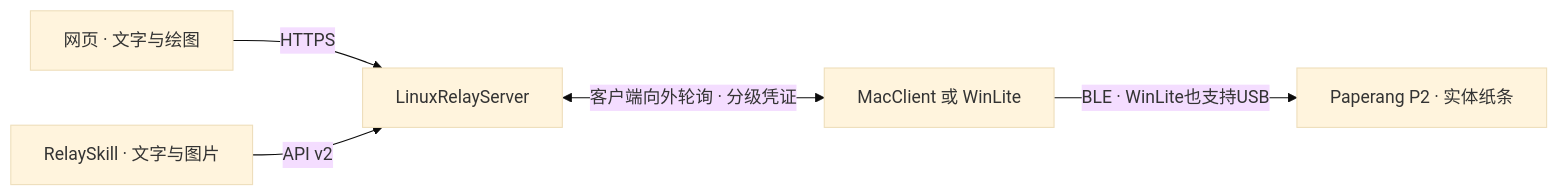
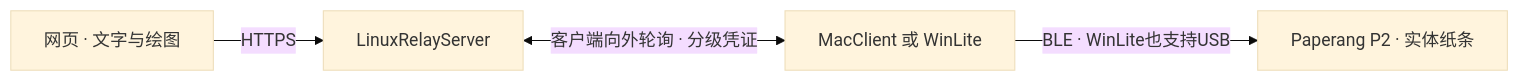
Before and after one commit to ELT17604/Paperang-Studio: the diagram in doc/README.zh-CN.md, drawn with Mermaid (base theme). The commit also changed other lines of this file and 66 other files, not shown here.

````diff
--- a/doc/README.zh-CN.md
+++ b/doc/README.zh-CN.md
@@ -37,7 +36,6 @@
 ```mermaid
 flowchart LR
     Browser["网页 · 文字与绘图"] -->|HTTPS| Relay["LinuxRelayServer"]
-    Skill["RelaySkill · 文字与图片"] -->|API v2| Relay
     Relay <-->|"客户端向外轮询 · 分级凭证"| Receiver["MacClient 或 WinLite"]
     Receiver -->|"BLE · WinLite也支持USB"| P2["Paperang P2 · 实体纸条"]
 ```
````
